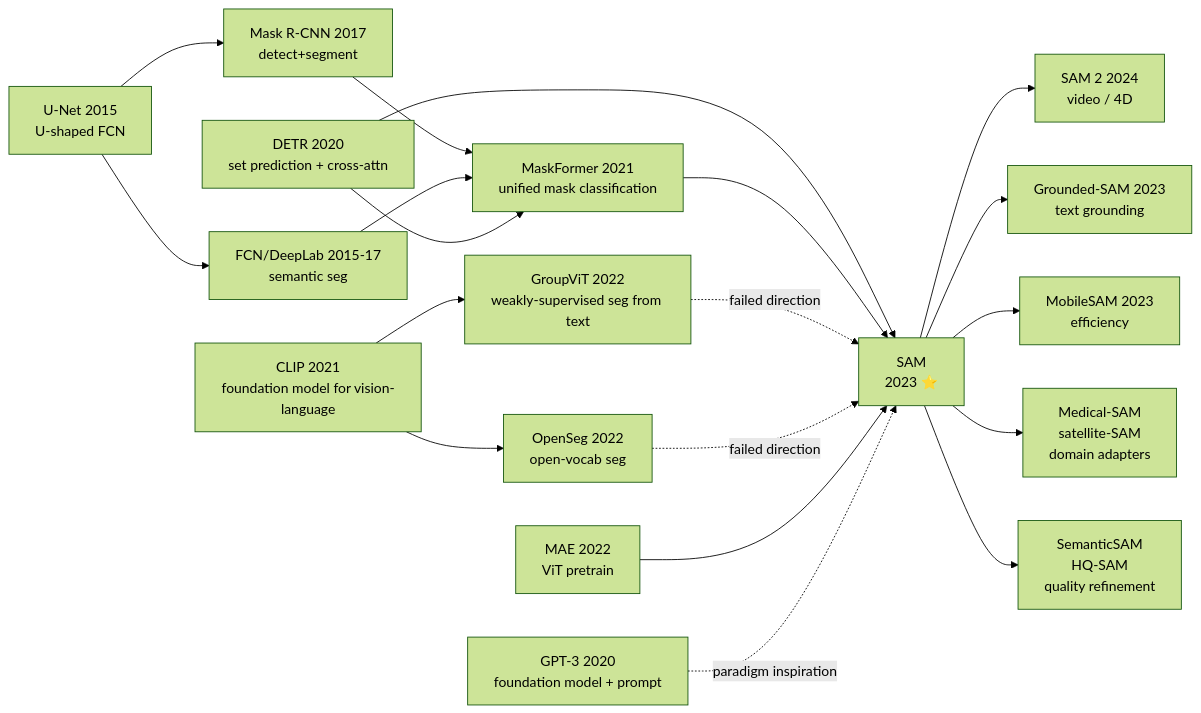
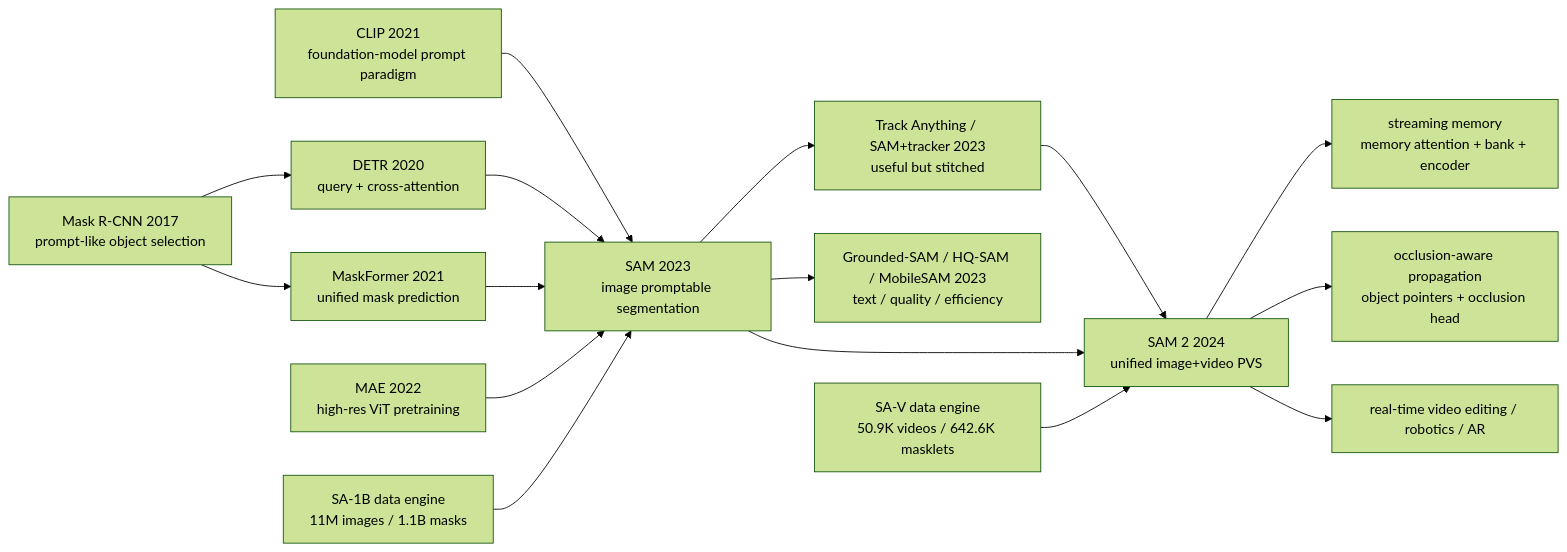
Before and after one commit to zhaoyang97/awesome-papers: the diagram in docs_en/era5_genai_explosion/2023_sam.md, drawn with Mermaid (forest theme). The commit also changed other lines of this file and 54 other files, not shown here.

````diff
--- a/docs_en/era5_genai_explosion/2023_sam.md
+++ b/docs_en/era5_genai_explosion/2023_sam.md
@@ -222,21 +214,18 @@
 ```mermaid
 graph LR
-    A[U-Net 2015<br/>U-shaped FCN] --> B[Mask R-CNN 2017<br/>detect+segment]
-    A --> C[FCN/DeepLab 2015-17<br/>semantic seg]
-    B --> D[MaskFormer 2021<br/>unified mask classification]
-    C --> D
-    E[CLIP 2021<br/>foundation model for vision-language] --> F[GroupViT 2022<br/>weakly-supervised seg from text]
-    E --> G[OpenSeg 2022<br/>open-vocab seg]
-    H[DETR 2020<br/>set prediction + cross-attn] --> D
-    H --> I[SAM<br/>2023 ⭐]
-    D --> I
-    F -.failed direction.-> I
-    G -.failed direction.-> I
-    J[MAE 2022<br/>ViT pretrain] --> I
-    K[GPT-3 2020<br/>foundation model + prompt] -.paradigm inspiration.-> I
-    I --> L[SAM 2 2024<br/>video / 4D]
-    I --> M[Grounded-SAM 2023<br/>text grounding]
-    I --> N[MobileSAM 2023<br/>efficiency]
-    I --> O[Medical-SAM<br/>satellite-SAM<br/>domain adapters]
-    I --> P[SemanticSAM<br/>HQ-SAM<br/>quality refinement]
+    A[Mask R-CNN 2017<br/>prompt-like object selection] --> B[DETR 2020<br/>query + cross-attention]
+    A --> C[MaskFormer 2021<br/>unified mask prediction]
+    D[CLIP 2021<br/>foundation-model prompt paradigm] --> E[SAM 2023<br/>image promptable segmentation]
+    B --> E
+    C --> E
+    F[MAE 2022<br/>high-res ViT pretraining] --> E
+    G[SA-1B data engine<br/>11M images / 1.1B masks] --> E
+    E --> H[Track Anything / SAM+tracker 2023<br/>useful but stitched]
+    E --> I[Grounded-SAM / HQ-SAM / MobileSAM 2023<br/>text / quality / efficiency]
+    H --> J[SAM 2 2024<br/>unified image+video PVS]
+    E --> J
+    K[SA-V data engine<br/>50.9K videos / 642.6K masklets] --> J
+    J --> L[streaming memory<br/>memory attention + bank + encoder]
+    J --> M[occlusion-aware propagation<br/>object pointers + occlusion head]
+    J --> N[real-time video editing / robotics / AR]
 ```
````
